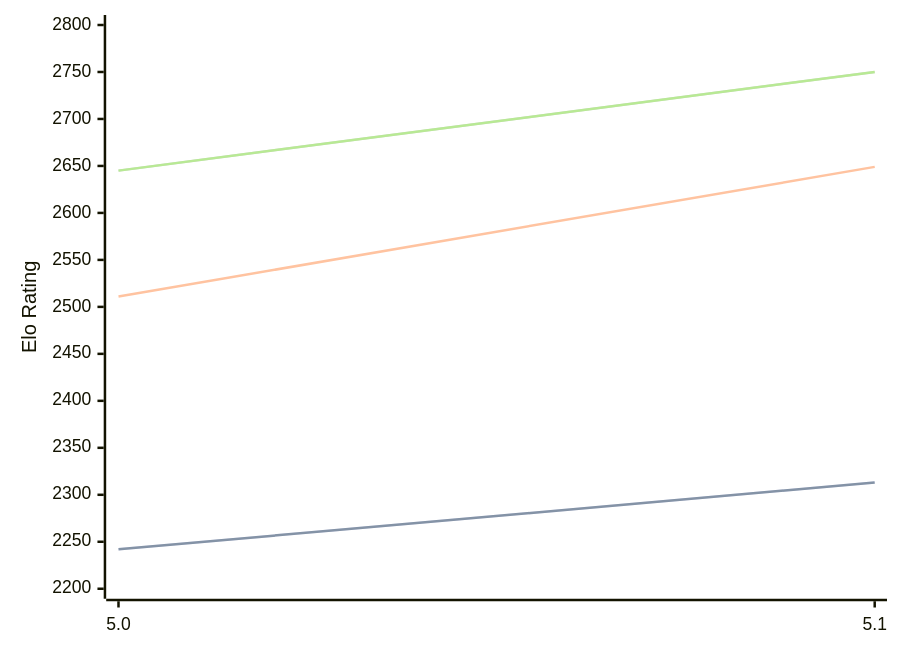
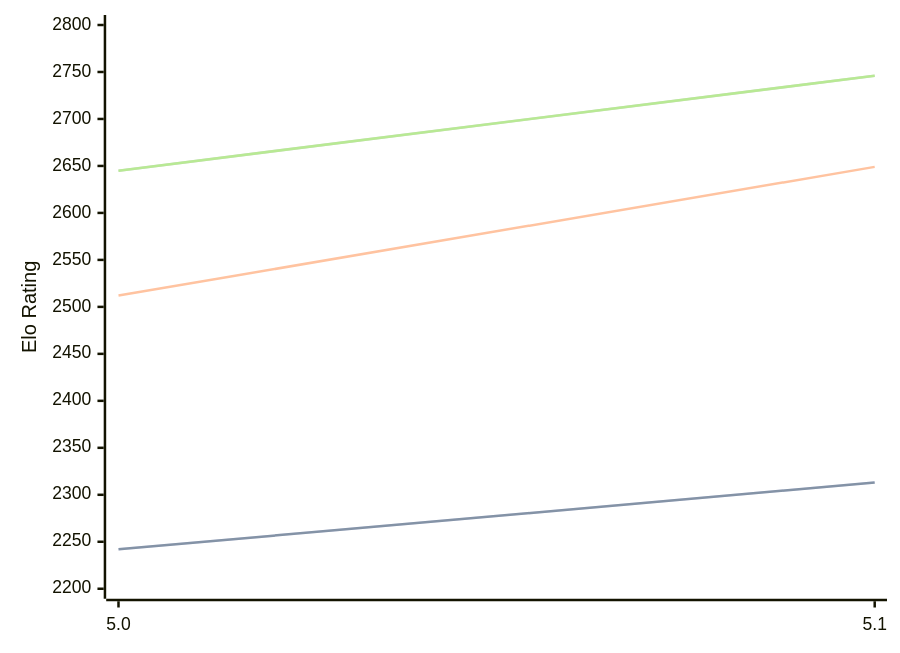
Before and after one commit to computer-chess-index/cci: the diagram in engines/Dorky.md, drawn with Mermaid. The commit also changed other lines of this file, not shown here.

Commit message:
Update CCI Ratings (ELO VLTC) - 2026-10-07

````diff
--- a/engines/Dorky.md
+++ b/engines/Dorky.md
@@ -32,11 +32,11 @@
 ```mermaid
 %%{init: {"theme":"base","themeVariables":{"seriesColors:['#a3a3a3','#222221','#faa371']}}}%%
 xychart-beta
   x-axis ["5.0", "5.1"]
   y-axis "Elo Rating" 2200 --> 2800
   line "" [2242, 2313]
   line "STC (8.0+0.08s)" [2242, 2313]
-  line "LTC (60.0+0.60s)" [2511, 2649]
-  line "" [2645, 2750]
-  line "VLTC (2m24s+1.12s)" [2645, 2750]
+  line "LTC (60.0+0.60s)" [2512, 2649]
+  line "" [2645, 2746]
+  line "VLTC (2m24s+1.12s)" [2645, 2746]
 ```
````
